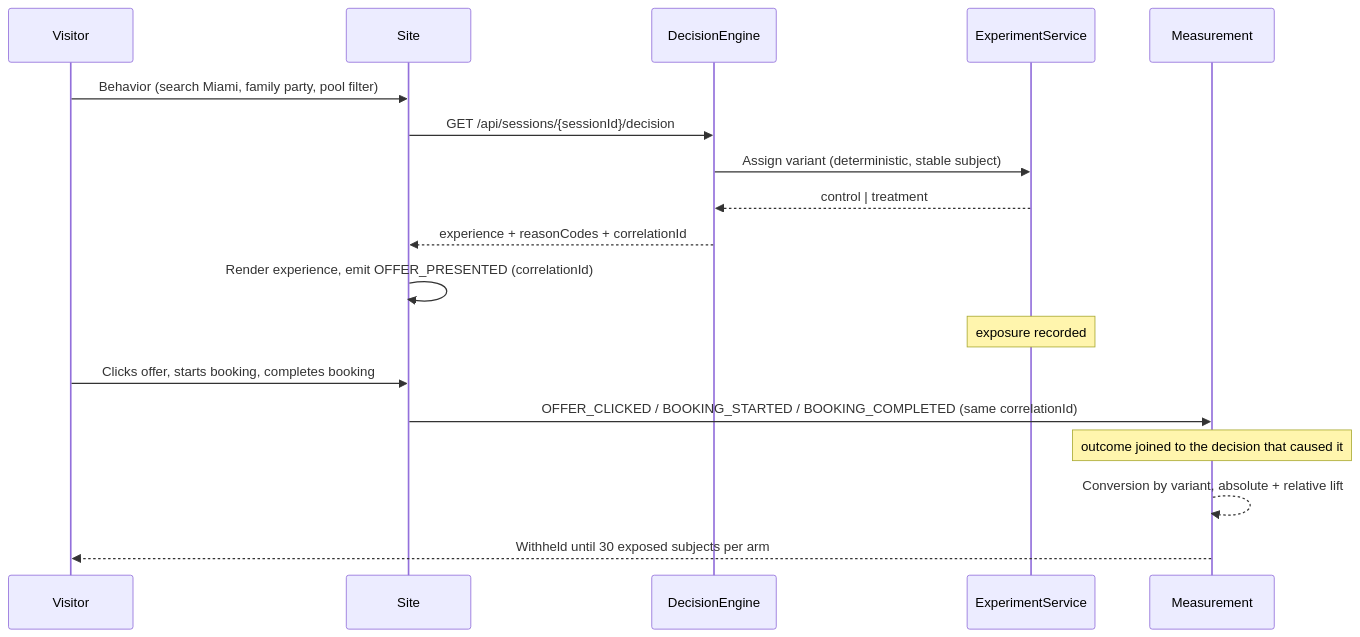
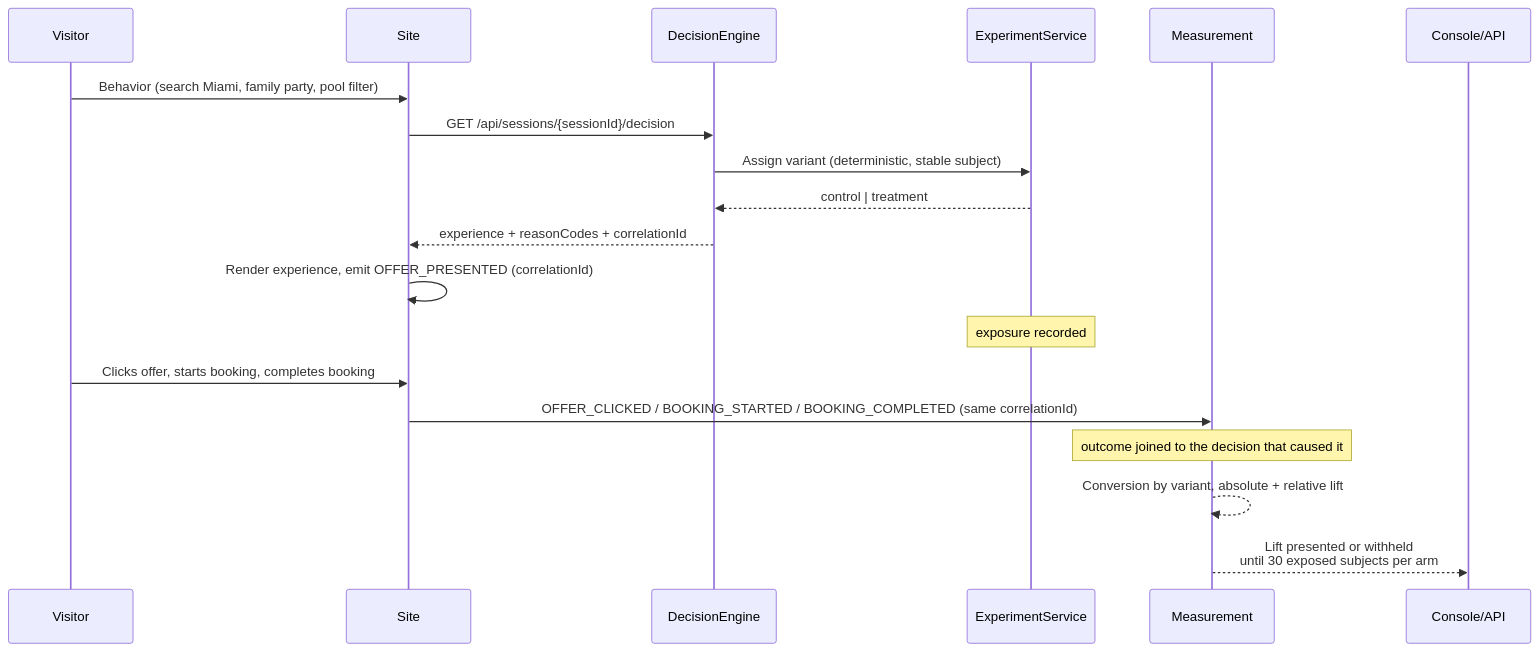
Before and after one commit to mohangundappa/aurora-intelligence: the third of 3 diagrams in docs/data-flow.md, drawn with Mermaid. The commit also changed other lines of this file, not shown here.

Commit message:
clarify data flow diagram routing

````diff
--- a/docs/data-flow.md
+++ b/docs/data-flow.md
@@ -123,21 +128,22 @@
 ```mermaid
 sequenceDiagram
   participant V as Visitor
   participant S as Site
   participant D as DecisionEngine
   participant X as ExperimentService
   participant M as Measurement
+  participant C as Console/API
 
   V->>S: Behavior (search Miami, family party, pool filter)
   S->>D: GET /api/sessions/{sessionId}/decision
   D->>X: Assign variant (deterministic, stable subject)
   X-->>D: control | treatment
   D-->>S: experience + reasonCodes + correlationId
   S->>S: Render experience, emit OFFER_PRESENTED (correlationId)
   Note over X: exposure recorded
   V->>S: Clicks offer, starts booking, completes booking
   S->>M: OFFER_CLICKED / BOOKING_STARTED / BOOKING_COMPLETED (same correlationId)
   Note over M: outcome joined to the decision that caused it
   M-->>M: Conversion by variant, absolute + relative lift
-  M-->>V: Withheld until 30 exposed subjects per arm
+  M-->>C: Lift presented or withheld<br/>until 30 exposed subjects per arm
 ```
````
